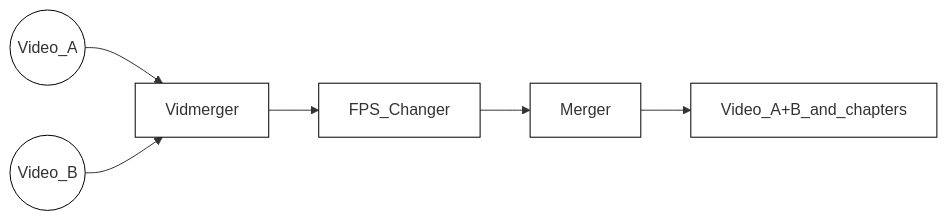
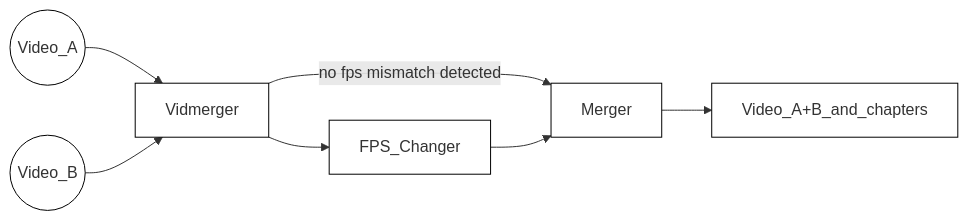
One commit to tgotwig/vidmerger changed the diagram in README.md. Above: the diagram before and after it, drawn with Mermaid.

Commit message:
✍️ Draw a direct line between Vidmerger and Merger

````diff
--- a/README.md
+++ b/README.md
@@ -36,9 +36,9 @@
 ```mermaid
 %%{init: {'themeVariables': { 'mainBkg': 'white', 'nodeBorder': 'black' }}}%%
 graph LR;
 VideoA((Video_A))-->Vidmerger;
 VideoB((Video_B))-->Vidmerger;
-Vidmerger-->FPS_Changer;
-FPS_Changer-->Merger;
+Vidmerger-->|no fps mismatch detected| Merger;
+Vidmerger-->FPS_Changer-->Merger;
 Merger-->Video_A+B_and_chapters;
 ```
````
